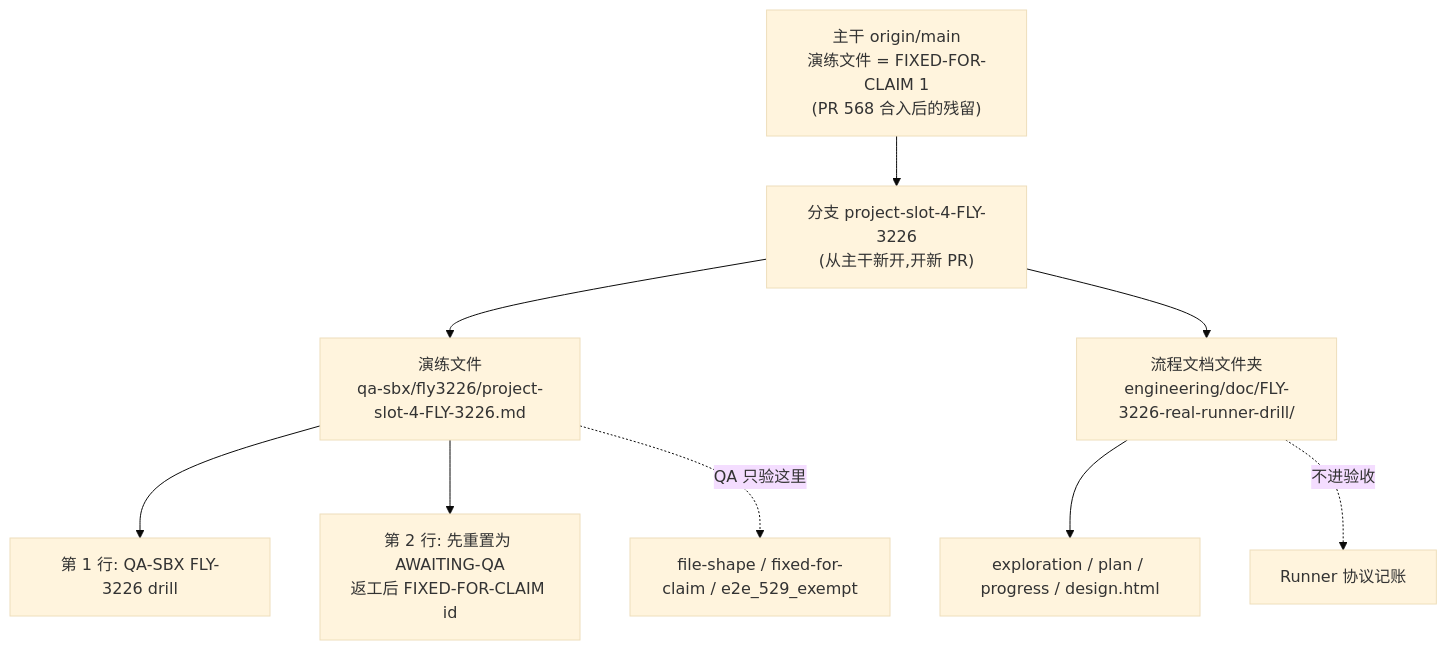
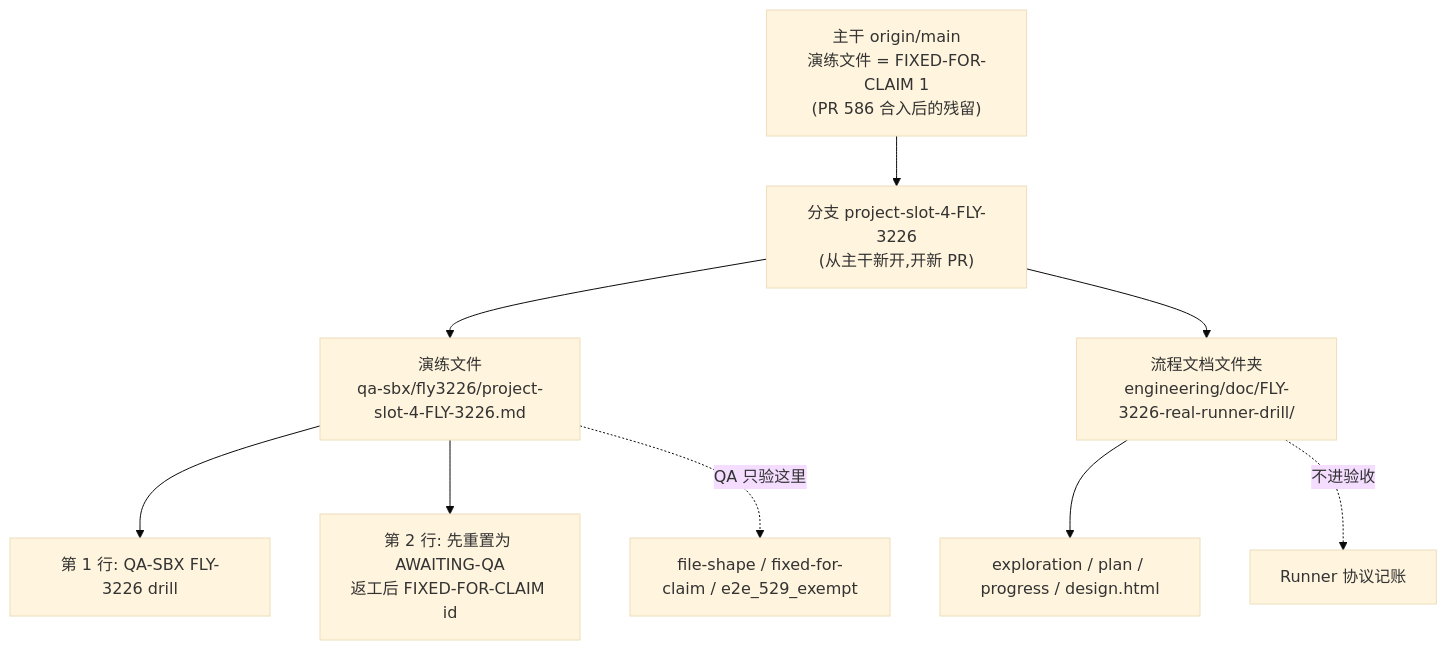
The diagram in engineering/doc/FLY-3226-real-runner-drill/d2-data-model.mmd (xrliAnnie/flywheel-qa-sandbox), drawn with Mermaid (base theme) before and after one commit. The commit also changed 8 other files, not shown here.

```diff
--- a/engineering/doc/FLY-3226-real-runner-drill/d2-data-model.mmd
+++ b/engineering/doc/FLY-3226-real-runner-drill/d2-data-model.mmd
@@ -1,9 +1,9 @@
 flowchart TD
-    M["主干 origin/main<br/>演练文件 = FIXED-FOR-CLAIM 1<br/>(PR 568 合入后的残留)"] --> B["分支 project-slot-4-FLY-3226<br/>(从主干新开,开新 PR)"]
+    M["主干 origin/main<br/>演练文件 = FIXED-FOR-CLAIM 1<br/>(PR 586 合入后的残留)"] --> B["分支 project-slot-4-FLY-3226<br/>(从主干新开,开新 PR)"]
     B --> T["演练文件<br/>qa-sbx/fly3226/project-slot-4-FLY-3226.md"]
     B --> P["流程文档文件夹<br/>engineering/doc/FLY-3226-real-runner-drill/"]
     T --> L1["第 1 行: QA-SBX FLY-3226 drill"]
     T --> L2["第 2 行: 先重置为 AWAITING-QA<br/>返工后 FIXED-FOR-CLAIM id"]
     P --> X["exploration / plan / progress / design.html"]
     T -. "QA 只验这里" .-> C["file-shape / fixed-for-claim / e2e_529_exempt"]
     P -. "不进验收" .-> N["Runner 协议记账"]
```
